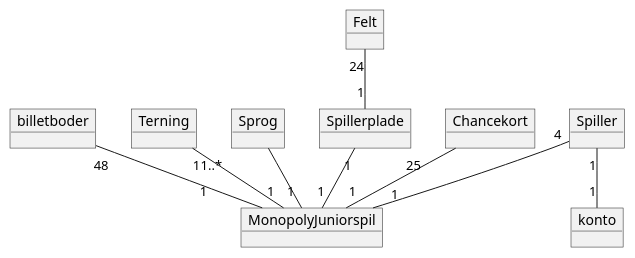
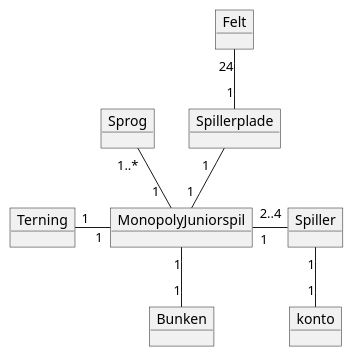
Before and after one commit to Greve2001/CDIO3: the diagram in diagrams/DM_Diagram.puml, drawn with PlantUML.

Commit message:
Updated Domain model

```diff
--- a/diagrams/DM_Diagram.puml
+++ b/diagrams/DM_Diagram.puml
@@ -1,25 +1,22 @@
 @startuml
 'https://plantuml.com/object-diagram
 
-object billetboder{
-}
 object Spiller
 object Terning
 object Sprog
 object MonopolyJuniorspil
 object konto
 object Spillerplade
 object Felt
-object Chancekort
+object Bunken
 
-billetboder "48       " -- "1          " MonopolyJuniorspil
-Sprog "1..*              " --"1 " MonopolyJuniorspil
+Bunken "1" -up- "1" MonopolyJuniorspil
+Sprog "1..*" --"1  " MonopolyJuniorspil
 Felt "24" -- "1" Spillerplade
-Spillerplade "1" -- "1" MonopolyJuniorspil
+Spillerplade "1   " -down- "1" MonopolyJuniorspil
 Spiller "1" -- "1" konto
-Spiller "4" -- "1             " MonopolyJuniorspil
-Terning "1" -- "1" MonopolyJuniorspil
-Chancekort "25      " -- "1" MonopolyJuniorspil
+Spiller "1     " -left- "2..4      " MonopolyJuniorspil
+Terning "1    " -right- "    1" MonopolyJuniorspil
 
 
 @enduml
```
